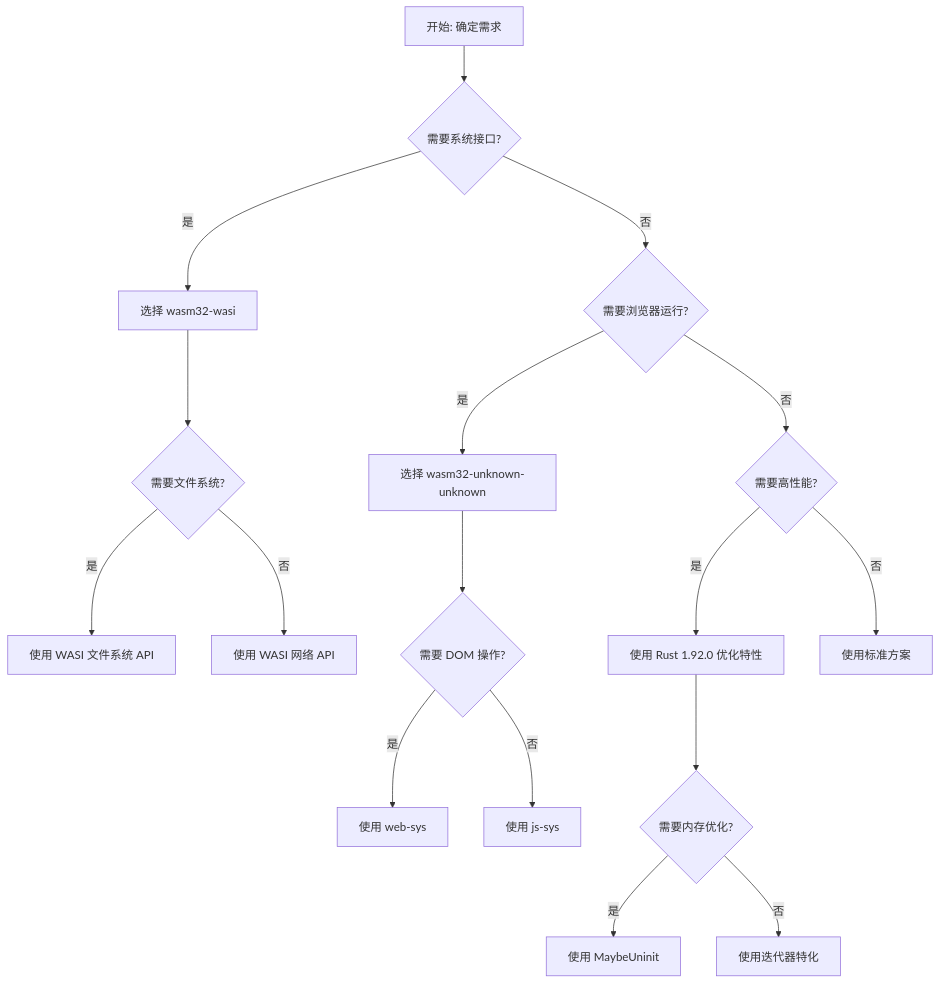
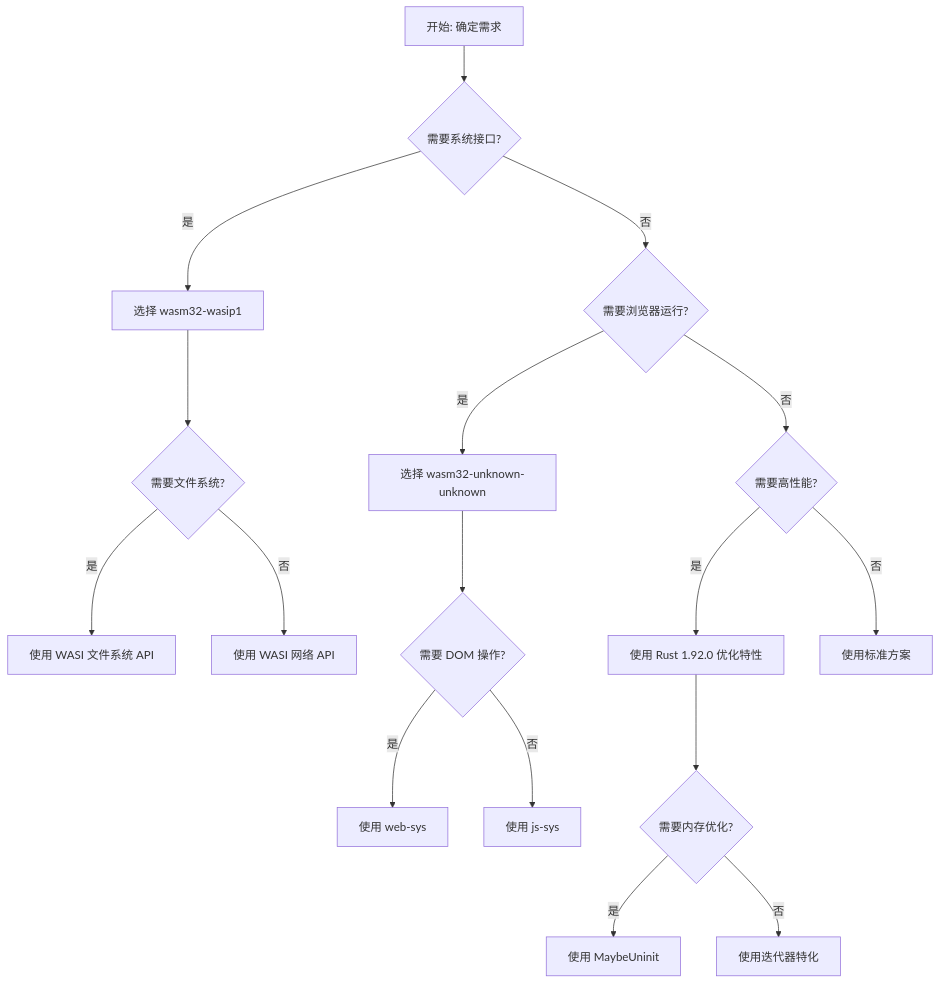
The diagram in crates/c12_wasm/docs/WASM_DECISION_TREE.md (martin-ly/rust-lang), drawn with Mermaid before and after one commit. The commit also changed other lines of this file and 45 other files, not shown here.

````diff
--- a/crates/c12_wasm/docs/WASM_DECISION_TREE.md
+++ b/crates/c12_wasm/docs/WASM_DECISION_TREE.md
@@ -76,22 +76,22 @@
 ```mermaid
 graph TD
     Start[开始: 确定需求] --> Q1{需要系统接口?}
-    Q1 -->|是| D1[选择 wasm32-wasi]
+    Q1 -->|是| D1[选择 wasm32-wasip1]
     Q1 -->|否| Q2{需要浏览器运行?}
     Q2 -->|是| D2[选择 wasm32-unknown-unknown]
     Q2 -->|否| Q3{需要高性能?}
     Q3 -->|是| D3[使用 Rust 1.92.0 优化特性]
     Q3 -->|否| End[使用标准方案]
 
     D1 --> Check1{需要文件系统?}
     Check1 -->|是| FS[使用 WASI 文件系统 API]
     Check1 -->|否| NET[使用 WASI 网络 API]
 
     D2 --> Check2{需要 DOM 操作?}
     Check2 -->|是| DOM[使用 web-sys]
     Check2 -->|否| JS[使用 js-sys]
 
     D3 --> Check3{需要内存优化?}
     Check3 -->|是| Mem[使用 MaybeUninit]
     Check3 -->|否| Perf[使用迭代器特化]
 ```
````
